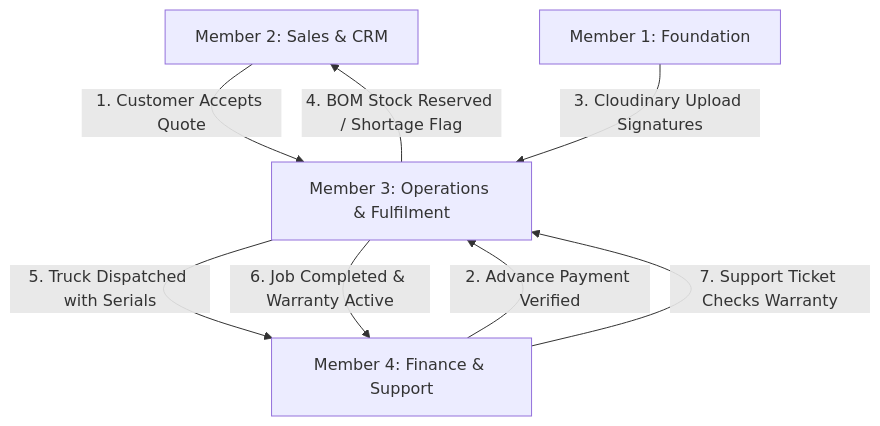
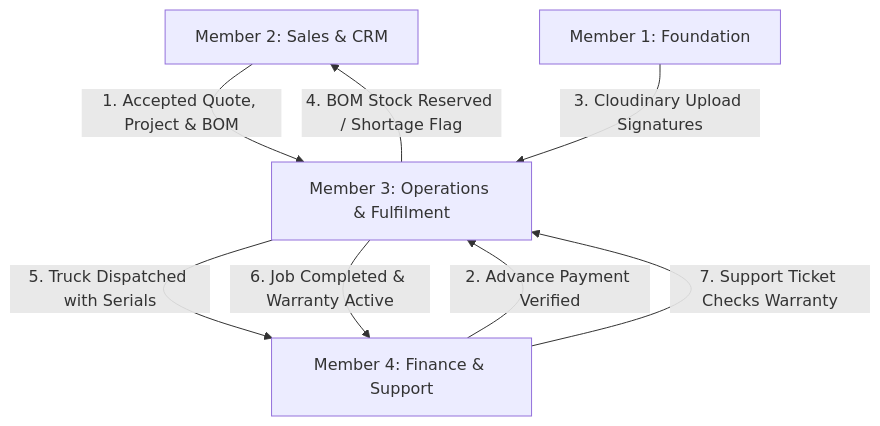
Before and after one commit to rukminiraut412/Solar-Installation-Manegement-System: the third of 3 diagrams in docs/contracts/operations.md, drawn with Mermaid. The commit also changed other lines of this file, not shown here.

Commit message:
docs(contracts): apply Phase 0 corrections for Member 4 compatibility and NC policies

````diff
--- a/docs/contracts/operations.md
+++ b/docs/contracts/operations.md
@@ -734,10 +812,10 @@
 ```mermaid
 flowchart TD
-    M2[Member 2: Sales & CRM] -->|1. Customer Accepts Quote| M3[Member 3: Operations & Fulfilment]
+    M2[Member 2: Sales & CRM] -->|1. Accepted Quote, Project & BOM| M3[Member 3: Operations & Fulfilment]
     M4[Member 4: Finance & Support] -->|2. Advance Payment Verified| M3
     M1[Member 1: Foundation] -->|3. Cloudinary Upload Signatures| M3
     M3 -->|4. BOM Stock Reserved / Shortage Flag| M2
     M3 -->|5. Truck Dispatched with Serials| M4
     M3 -->|6. Job Completed & Warranty Active| M4
     M4 -->|7. Support Ticket Checks Warranty| M3
 ```
````
